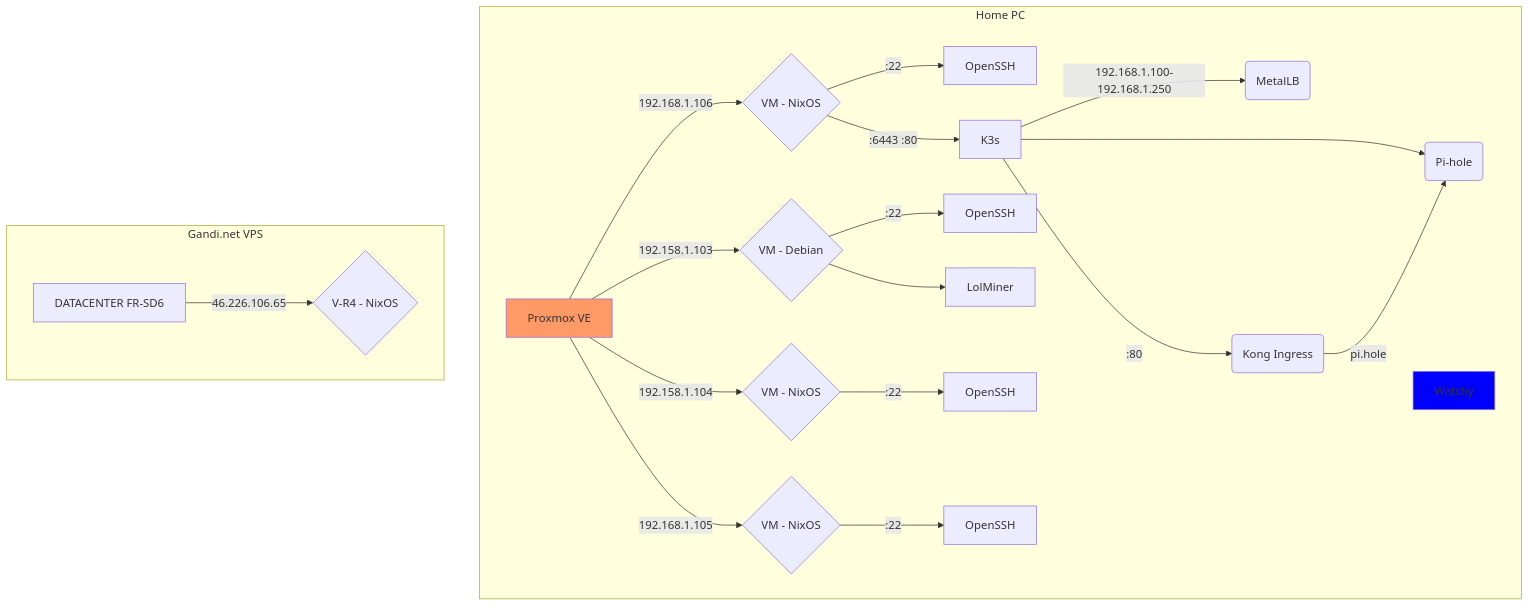
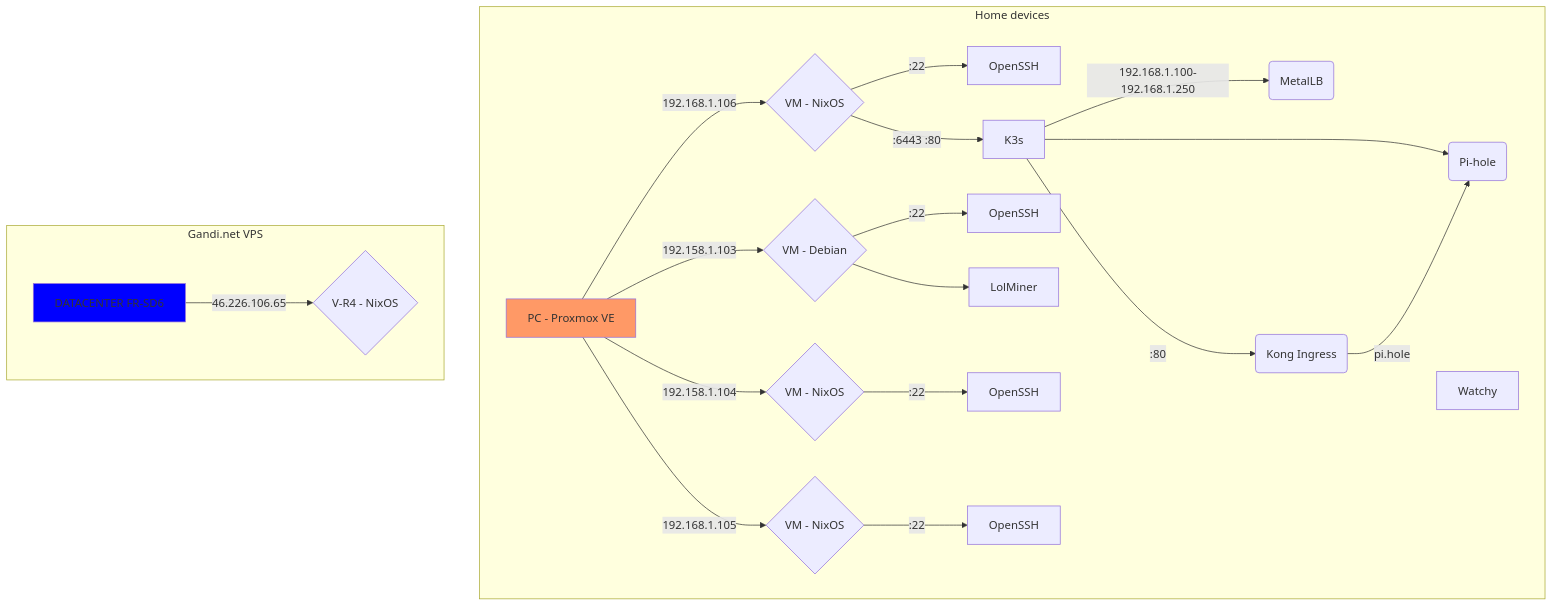
The diagram in homelab/README.md (portothree/dotfiles), drawn with Mermaid before and after one commit.

Commit message:
docs: update diagram

````diff
--- a/homelab/README.md
+++ b/homelab/README.md
@@ -6,35 +6,35 @@
 ```mermaid
 graph TD
-	subgraph Home PC
-		A[Proxmox VE] -->|192.168.1.106| 100{VM - NixOS};
+	subgraph Home devices
+		A[PC - Proxmox VE] -->|192.168.1.106| 100{VM - NixOS};
 		100 -->|:22| 100_ssh[OpenSSH];
 		100 -->|:6443 :80| K3s[K3s];
 		K3s -->|192.168.1.100-192.168.1.250| MetalLB(MetalLB);
 		click MetalLB "https://metallb.org" _blank
 		K3s -->|:80| Kong(Kong Ingress);
 		K3s --> Pi-hole(Pi-hole);
 		Kong -->|pi.hole| Pi-hole;
 		
 		A -->|192.158.1.103| 102{VM - Debian};
 		102 -->|:22| 102_ssh[OpenSSH];
 		102 --> lolminer[LolMiner];
 		
 		A -->|192.158.1.104| 103{VM - NixOS};
 		103 -->|:22| 103_ssh[OpenSSH];
 		
 		A -->|192.168.1.105| 104{VM - NixOS};
 		104 -->|:22| 104_ssh[OpenSSH];
 		
 		
 		B[Watchy]
 	end
 	
 	subgraph Gandi.net VPS 
 		C[DATACENTER FR-SD6] -->|46.226.106.65| Tosh{V-R4 - NixOS};	
 	end
 	
 	classDef orange fill:#f96;
 	classDef blue	fill:#00f;
 	class A orange
-	class B blue
+	class C blue
 ```
````
